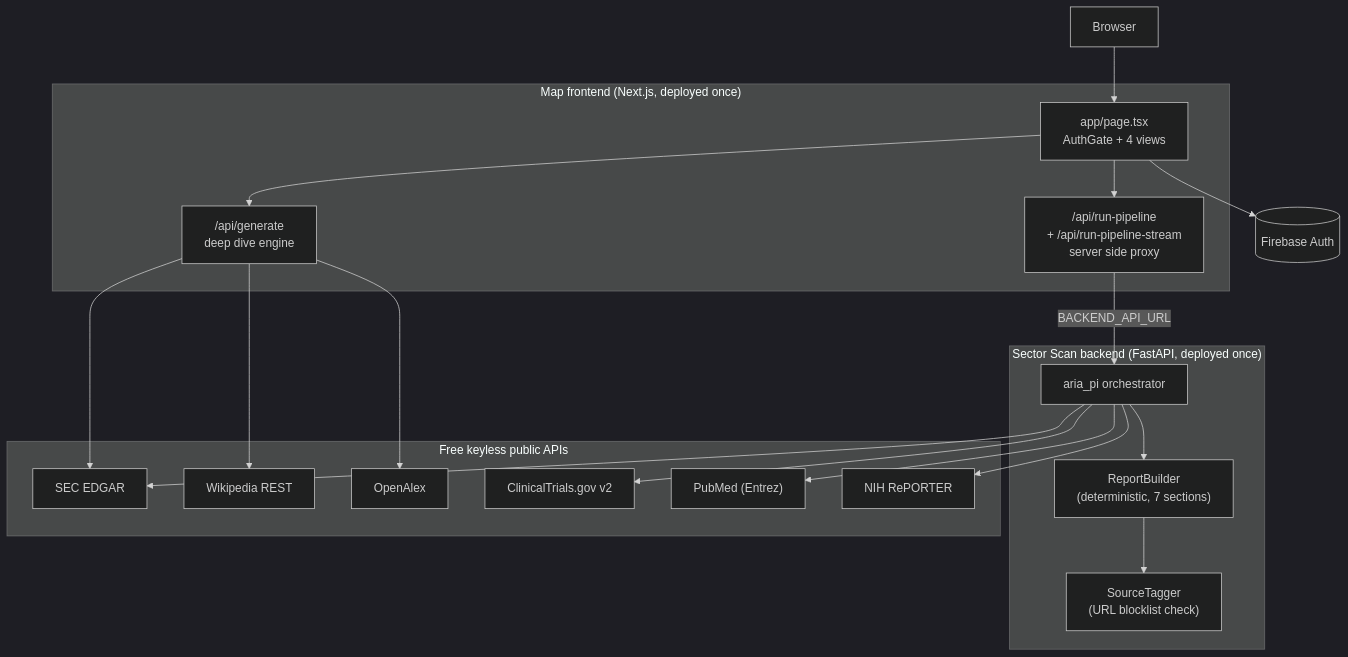
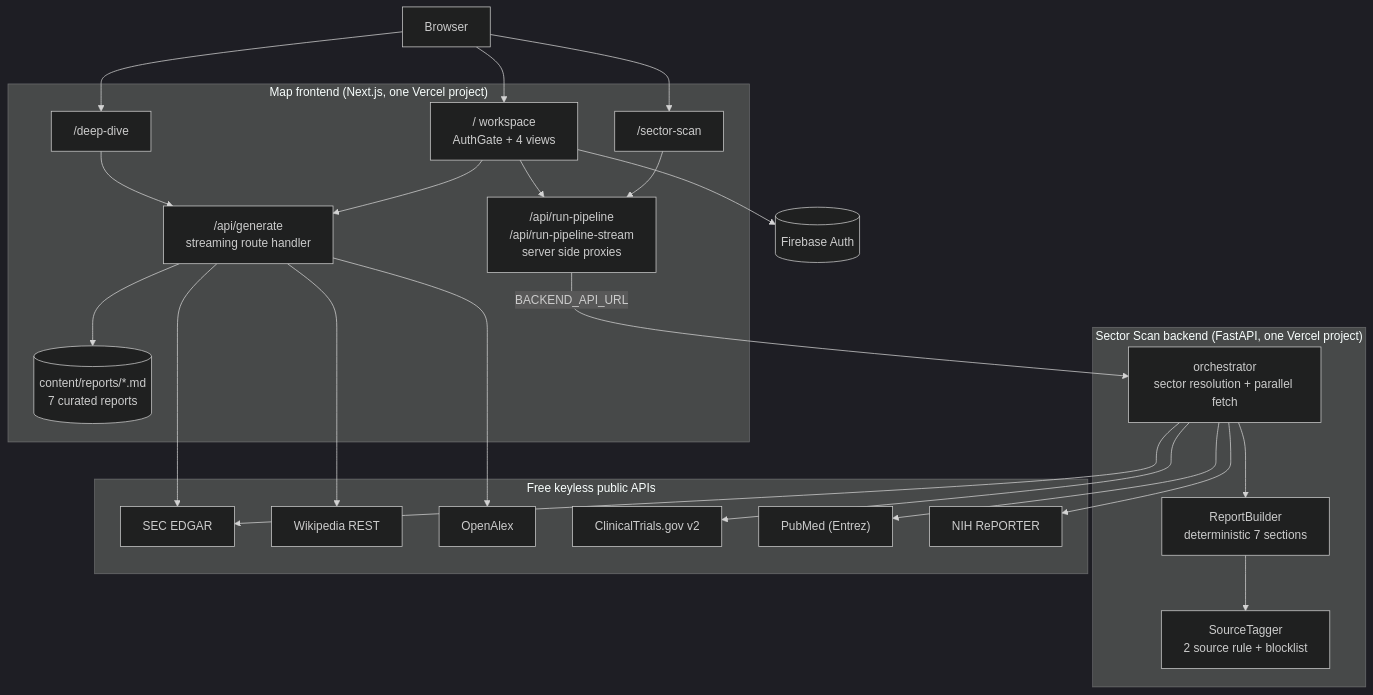
Before and after one commit to AidanColvin/map-elt-research-graph-3: the first of 6 diagrams in README.md, drawn with Mermaid (dark theme). The commit also changed other lines of this file, not shown here.

First line of the commit message:
Expand README with full coverage of both source engines

````diff
--- a/README.md
+++ b/README.md
@@ -20,37 +68,37 @@
 ```mermaid
 flowchart TB
     B[Browser]
-    subgraph FE["Map frontend (Next.js, deployed once)"]
-        P["app/page.tsx<br/>AuthGate + 4 views"]
-        G["/api/generate<br/>deep dive engine"]
-        RP["/api/run-pipeline<br/>+ /api/run-pipeline-stream<br/>server side proxy"]
+    FB[(Firebase Auth)]
+    subgraph FE["Map frontend (Next.js, one Vercel project)"]
+        W["/ workspace<br/>AuthGate + 4 views"]
+        DD["/deep-dive"]
+        SS["/sector-scan"]
+        G["/api/generate<br/>streaming route handler"]
+        MD[("content/reports/*.md<br/>7 curated reports")]
+        PX["/api/run-pipeline<br/>/api/run-pipeline-stream<br/>server side proxies"]
     end
-    subgraph BE["Sector Scan backend (FastAPI, deployed once)"]
-        O["aria_pi orchestrator"]
-        RB["ReportBuilder<br/>(deterministic, 7 sections)"]
-        ST["SourceTagger<br/>(URL blocklist check)"]
+    subgraph BE["Sector Scan backend (FastAPI, one Vercel project)"]
+        O["orchestrator<br/>sector resolution + parallel fetch"]
+        RB["ReportBuilder<br/>deterministic 7 sections"]
+        ST["SourceTagger<br/>2 source rule + blocklist"]
     end
     subgraph SRC["Free keyless public APIs"]
         SEC[SEC EDGAR]
         WIKI[Wikipedia REST]
         OA[OpenAlex]
         CT[ClinicalTrials.gov v2]
         PM["PubMed (Entrez)"]
         NIH[NIH RePORTER]
     end
-    FB[(Firebase Auth)]
 
-    B --> P
-    P --> FB
-    P --> G
-    P --> RP
-    G --> SEC
-    G --> WIKI
-    G --> OA
-    RP -- "BACKEND_API_URL" --> O
-    O --> SEC
-    O --> CT
-    O --> PM
-    O --> NIH
+    B --> W & DD & SS
+    W --> FB
+    DD --> G
+    W --> G & PX
+    SS --> PX
+    G --> MD
+    G --> SEC & WIKI & OA
+    PX -- "BACKEND_API_URL" --> O
+    O --> SEC & CT & PM & NIH
     O --> RB --> ST
 ```
````
